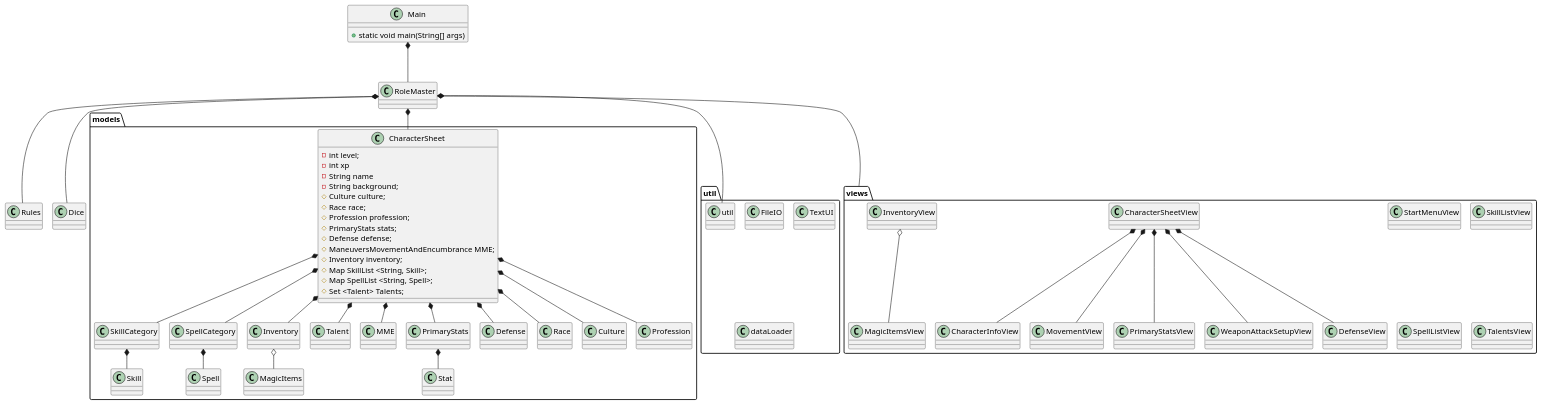
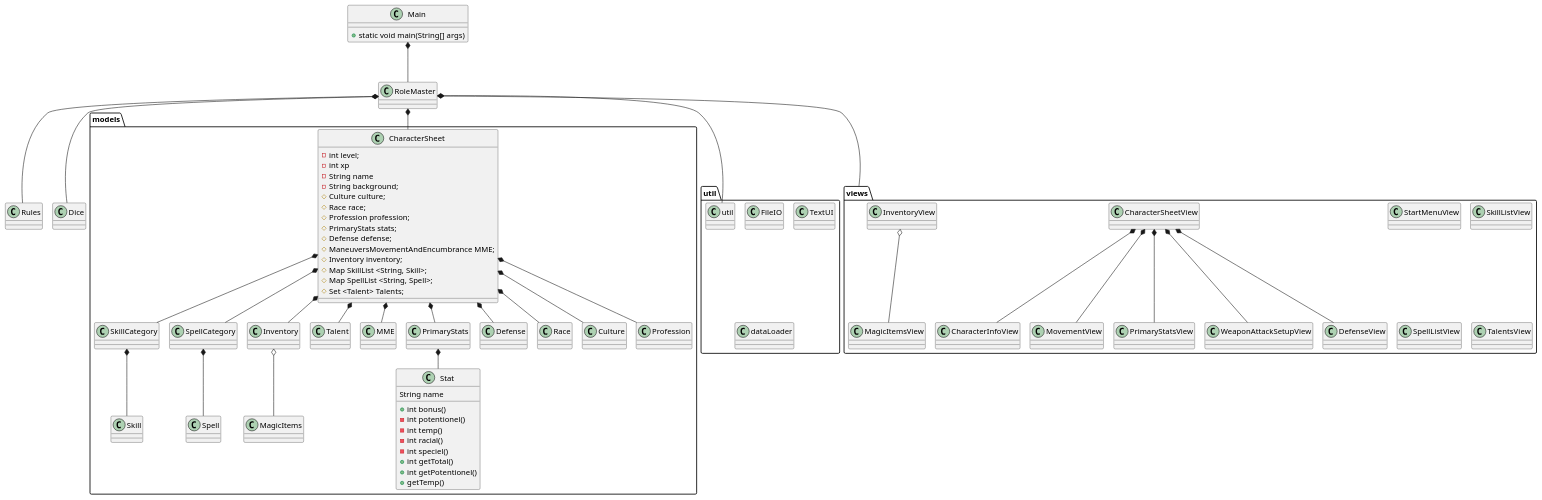
One commit to Falcho/ICE changed the diagram in Docs/ClassDiagram.puml. Above: the diagram before and after it, drawn with PlantUML.

Commit message:
Har oprettet følgende i Class stat i klassediagrammet String name + int bonus() - int potentionel() - int temp() - int racial() - int speciel() + int getTotal() + int getPotentionel() + getTemp() }

```diff
--- a/Docs/ClassDiagram.puml
+++ b/Docs/ClassDiagram.puml
@@ -1,97 +1,108 @@
 @startuml
 'https://plantuml.com/class-diagram
 !pragma layout smetana
 
 
 Class Main{
 +static void main(String[] args)
 }
 
 
 Class RoleMaster{}
 
 Class Rules{}
 Class Dice{}
 
 package views{
 Class StartMenuView{}
 Class CharacterSheetView{}
 Class CharacterInfoView{}
 Class SkillListView{}
 Class SpellListView{}
 Class InventoryView{}
 Class TalentsView{}
 Class MovementView{}
 Class PrimaryStatsView{}
 Class WeaponAttackSetupView{}
 Class DefenseView{}
 Class MagicItemsView{}
 }
 CharacterSheetView *-- CharacterInfoView
 CharacterSheetView *-- PrimaryStatsView
 CharacterSheetView *-- MovementView
 CharacterSheetView *-- WeaponAttackSetupView
 CharacterSheetView *-- DefenseView
 InventoryView o-- MagicItemsView
 
 package models{
 Class CharacterSheet{
 - int level;
 - int xp
 - String name
 - String background;
 # Culture culture;
 # Race race;
 # Profession profession;
 # PrimaryStats stats;
 # Defense defense;
 # ManeuversMovementAndEncumbrance MME;
 # Inventory inventory;
 # Map SkillList <String, Skill>;
 # Map SpellList <String, Spell>;
 # Set <Talent> Talents;
 }
+
 Class Skill{}
 Class SkillCategory{}
 Class Spell{}
 Class SpellCategory{}
 Class Inventory{}
 Class Talent{}
 Class MME{}
 Class PrimaryStats{}
 Class Defense{}
 Class MagicItems{}
 Class Race{}
 Class Culture{}
 Class Profession{}
-Class Stat{}
+Class Stat{
+String name
++ int bonus()
+- int potentionel()
+- int temp()
+- int racial()
+- int speciel()
++ int getTotal()
++ int getPotentionel()
++ getTemp()
+}
 }
 
 CharacterSheet *-- PrimaryStats
 CharacterSheet *-- MME
 CharacterSheet *-- Defense
 Inventory o-- MagicItems
 CharacterSheet *-- Talent
 CharacterSheet *-- SkillCategory
 SkillCategory *-- Skill
 CharacterSheet *-- SpellCategory
 SpellCategory *-- Spell
 CharacterSheet *-- Inventory
 CharacterSheet *-- Race
 CharacterSheet *-- Culture
 CharacterSheet *-- Profession
 PrimaryStats *-- Stat
 
 
 package util {
     Class FileIO{}
     Class TextUI{}
     Class dataLoader{}
 
 Main *--- RoleMaster
 RoleMaster *-- CharacterSheet
 RoleMaster *-- views
 RoleMaster *-- Dice
 RoleMaster *-- util
 RoleMaster *-- Rules
 @enduml
```
